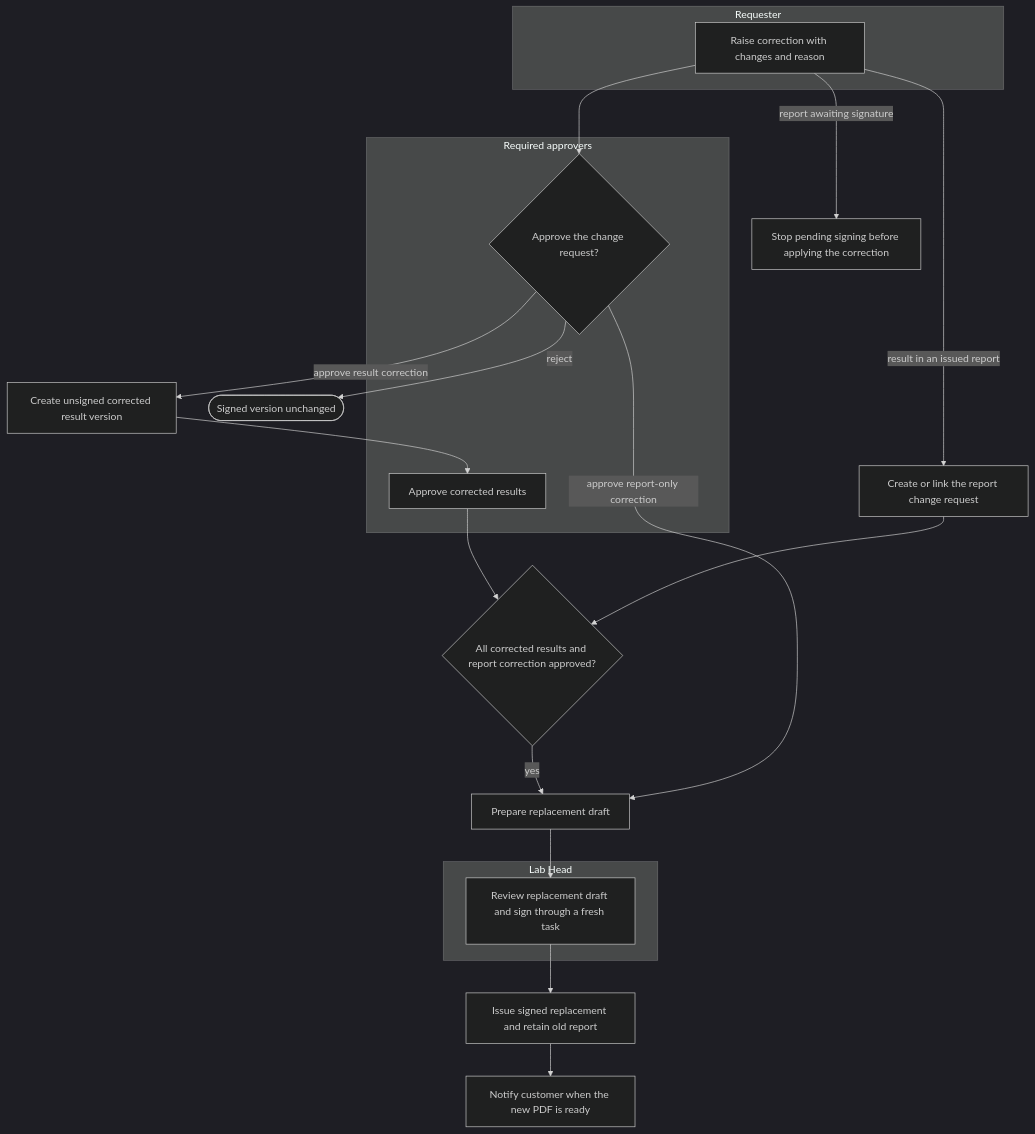
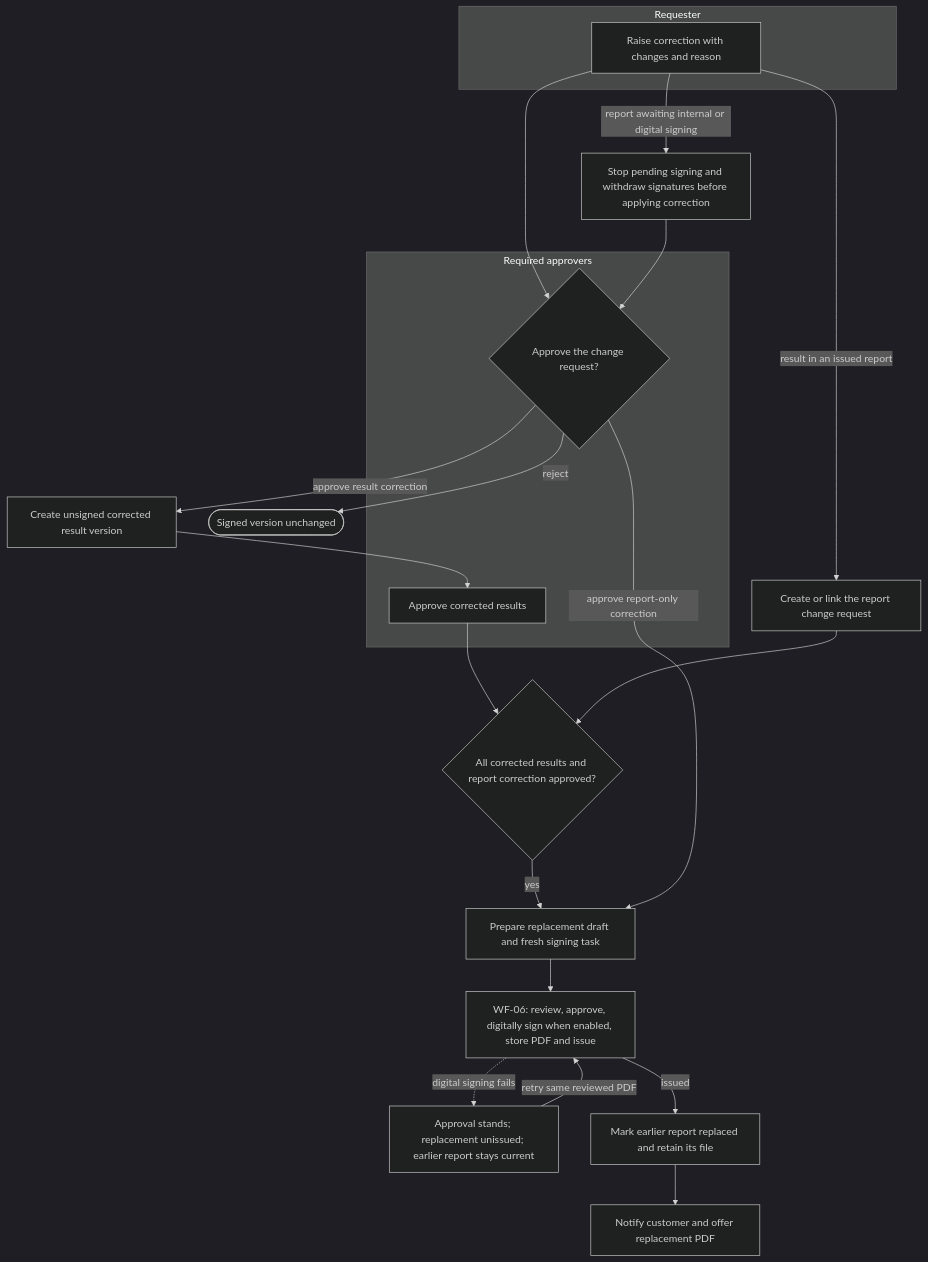
One commit to SoltuneMontepre/medilab changed the ninth of 17 diagrams in docs/functional/business-flows.md. Above: the diagram before and after it, drawn with Mermaid (dark theme). The commit also changed other lines of this file and 8 other files, not shown here.

Commit message:
[docs] Align business flows and sign reports before issuance

````diff
--- a/docs/functional/business-flows.md
+++ b/docs/functional/business-flows.md
@@ -482,24 +428,25 @@
 ```mermaid
 flowchart TD
     subgraph lane24 ["Requester"]
         r1[Raise correction with changes and reason]
     end
     subgraph lane25 ["Required approvers"]
         s1{Approve the change request?}
         s2[Approve corrected results]
     end
-    subgraph lane44 ["Lab Head"]
-        l1[Review replacement draft and sign through a fresh task]
-    end
     r1 --> s1
     r1 -->|result in an issued report| link[Create or link the report change request]
-    r1 -->|report awaiting signature| stop[Stop pending signing before applying the correction]
+    r1 -->|report awaiting internal or digital signing| stop[Stop pending signing and withdraw signatures before applying correction]
     s1 -->|reject| kept([Signed version unchanged])
     s1 -->|approve result correction| result[Create unsigned corrected result version] --> s2
+    stop --> s1
     s2 --> ready{All corrected results and report correction approved?}
     link --> ready
-    ready -->|yes| draft[Prepare replacement draft] --> l1
+    ready -->|yes| draft[Prepare replacement draft and fresh signing task]
     s1 -->|approve report-only correction| draft
-    l1 --> issued[Issue signed replacement and retain old report]
-    issued --> notice[Notify customer when the new PDF is ready]
+    draft --> release[WF-06: review, approve, digitally sign when enabled, store PDF and issue]
+    release -.->|digital signing fails| pending[Approval stands; replacement unissued; earlier report stays current]
+    pending -->|retry same reviewed PDF| release
+    release -->|issued| issued[Mark earlier report replaced and retain its file]
+    issued --> notice[Notify customer and offer replacement PDF]
 ```
````
